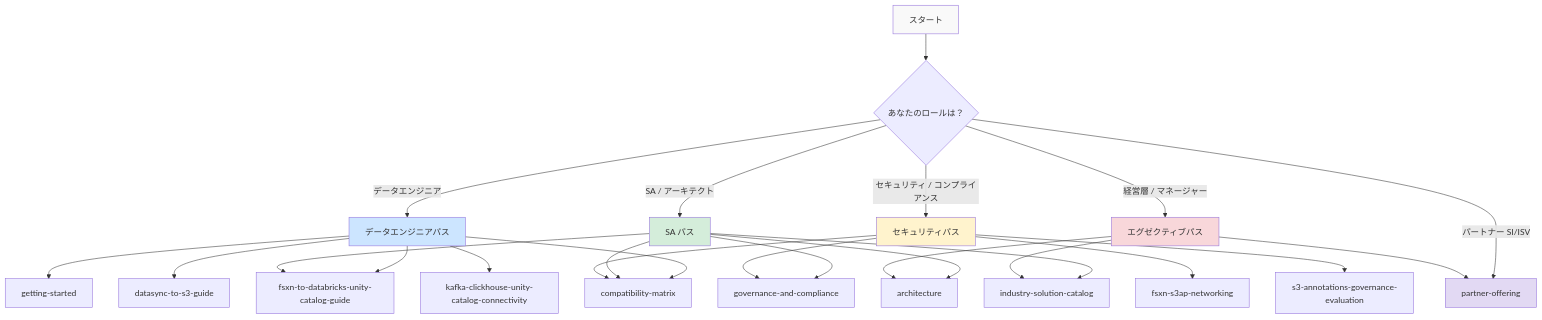
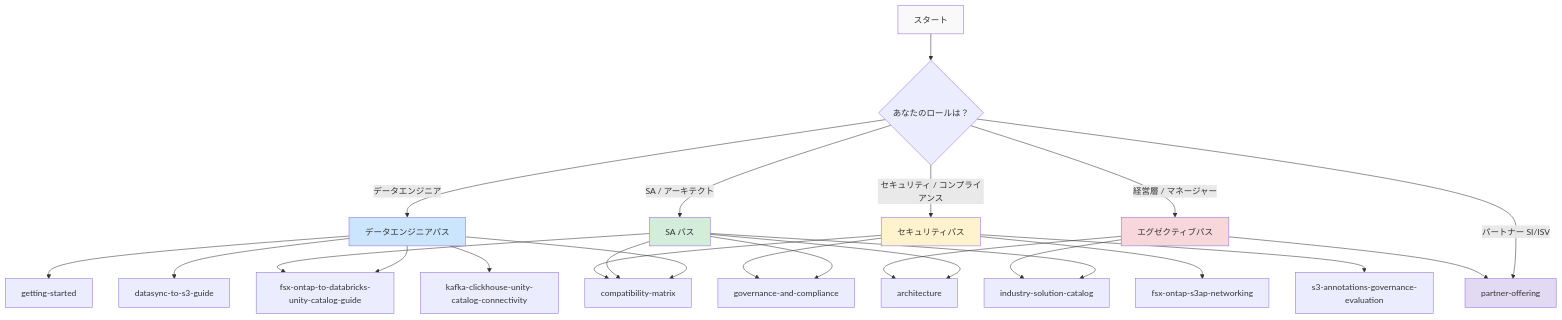
One commit to Yoshiki0705/fsxn-lakehouse-integrations changed the first of 3 diagrams in docs/ja/reading-path-guide.md. Above: the diagram before and after it, drawn with Mermaid. The commit also changed other lines of this file and 47 other files, not shown here.

````diff
--- a/docs/ja/reading-path-guide.md
+++ b/docs/ja/reading-path-guide.md
@@ -12,38 +12,38 @@
 ```mermaid
 graph TD
     START[スタート] --> ROLE{あなたのロールは？}
     
     ROLE -->|データエンジニア| DE[データエンジニアパス]
     ROLE -->|SA / アーキテクト| SA[SA パス]
     ROLE -->|セキュリティ / コンプライアンス| SEC[セキュリティパス]
     ROLE -->|経営層 / マネージャー| EXEC[エグゼクティブパス]
     ROLE -->|パートナー SI/ISV| PARTNER[パートナーパス]
     
     DE --> GS[getting-started]
     DE --> CM[compatibility-matrix]
-    DE --> UC[fsxn-to-databricks-unity-catalog-guide]
+    DE --> UC[fsx-ontap-to-databricks-unity-catalog-guide]
     DE --> DS[datasync-to-s3-guide]
     DE --> KF[kafka-clickhouse-unity-catalog-connectivity]
     
     SA --> ARCH[architecture]
     SA --> UC
     SA --> CM
     SA --> GOV[governance-and-compliance]
     SA --> IND[industry-solution-catalog]
     
     SEC --> GOV
     SEC --> CM
-    SEC --> NET[fsxn-s3ap-networking]
+    SEC --> NET[fsx-ontap-s3ap-networking]
     SEC --> ANN[s3-annotations-governance-evaluation]
     
     EXEC --> IND
     EXEC --> ARCH
     EXEC --> PARTNER[partner-offering]
     
     style START fill:#f9f9f9
     style DE fill:#cce5ff
     style SA fill:#d4edda
     style SEC fill:#fff3cd
     style EXEC fill:#f8d7da
     style PARTNER fill:#e2d9f3
 ```
````
